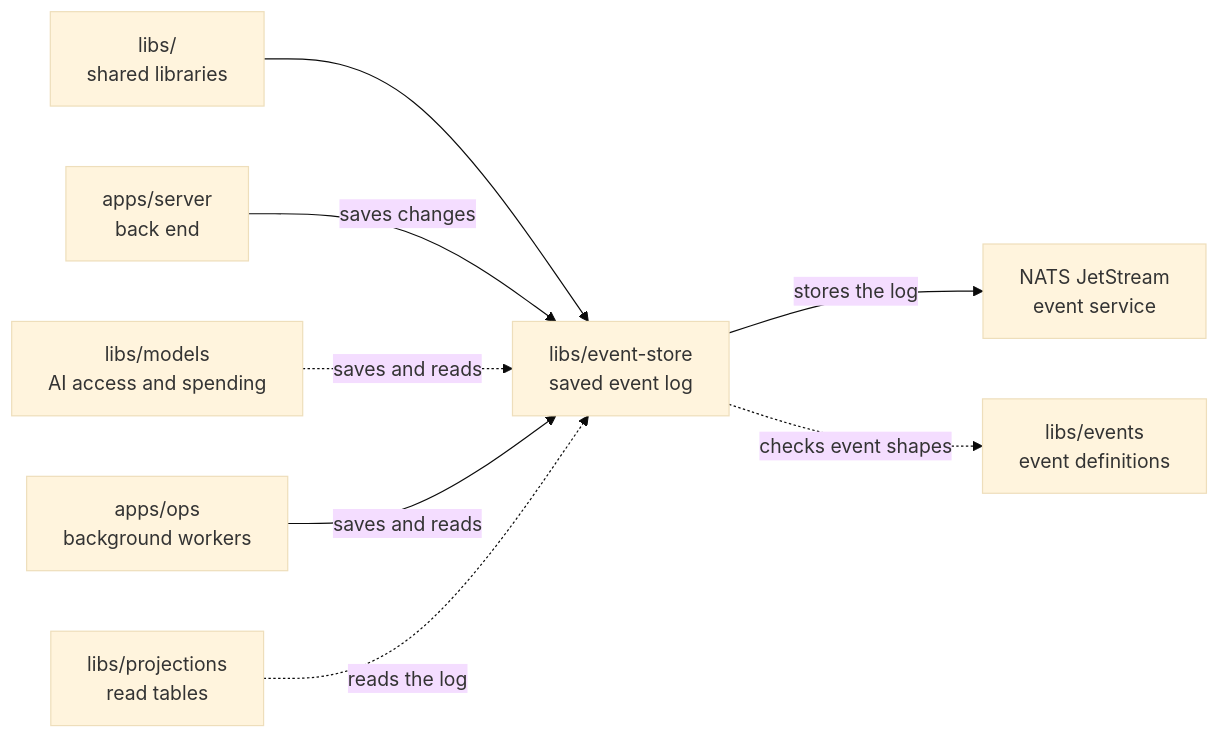
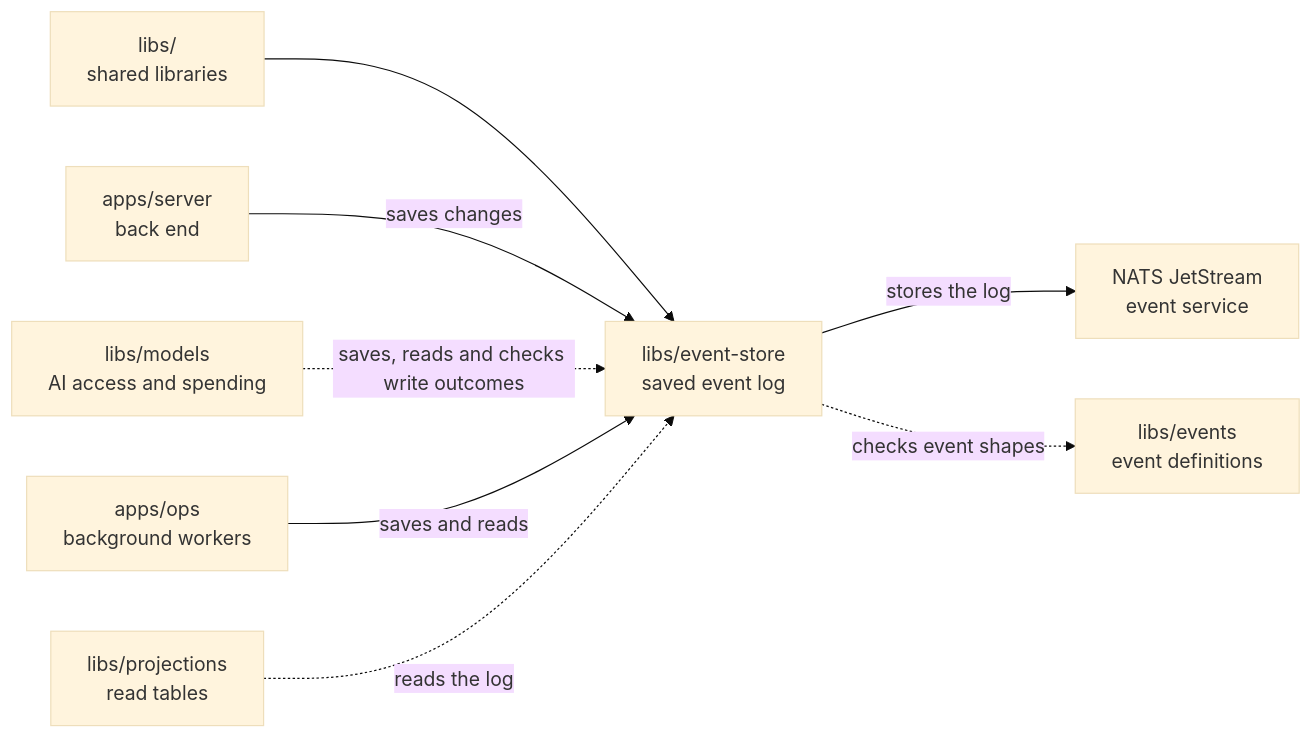
Before and after one commit to elewa-git/opencrane-new: the diagram in libs/event-store/README.md, drawn with Mermaid (base theme). The commit also changed other lines of this file and 7 other files, not shown here.

````diff
--- a/libs/event-store/README.md
+++ b/libs/event-store/README.md
@@ -21,10 +21,10 @@
 ```mermaid
 flowchart LR
   parent["libs/<br/>shared libraries"] --> store["libs/event-store<br/>saved event log"]
   server["apps/server<br/>back end"] -->|saves changes| store
-  models["libs/models<br/>AI access and spending"] -.->|saves and reads| store
+  models["libs/models<br/>AI access and spending"] -.->|saves, reads and checks write outcomes| store
   ops["apps/ops<br/>background workers"] -->|saves and reads| store
   projections["libs/projections<br/>read tables"] -.->|reads the log| store
   store -->|stores the log| nats["NATS JetStream<br/>event service"]
   store -.->|checks event shapes| events["libs/events<br/>event definitions"]
 ```
````
